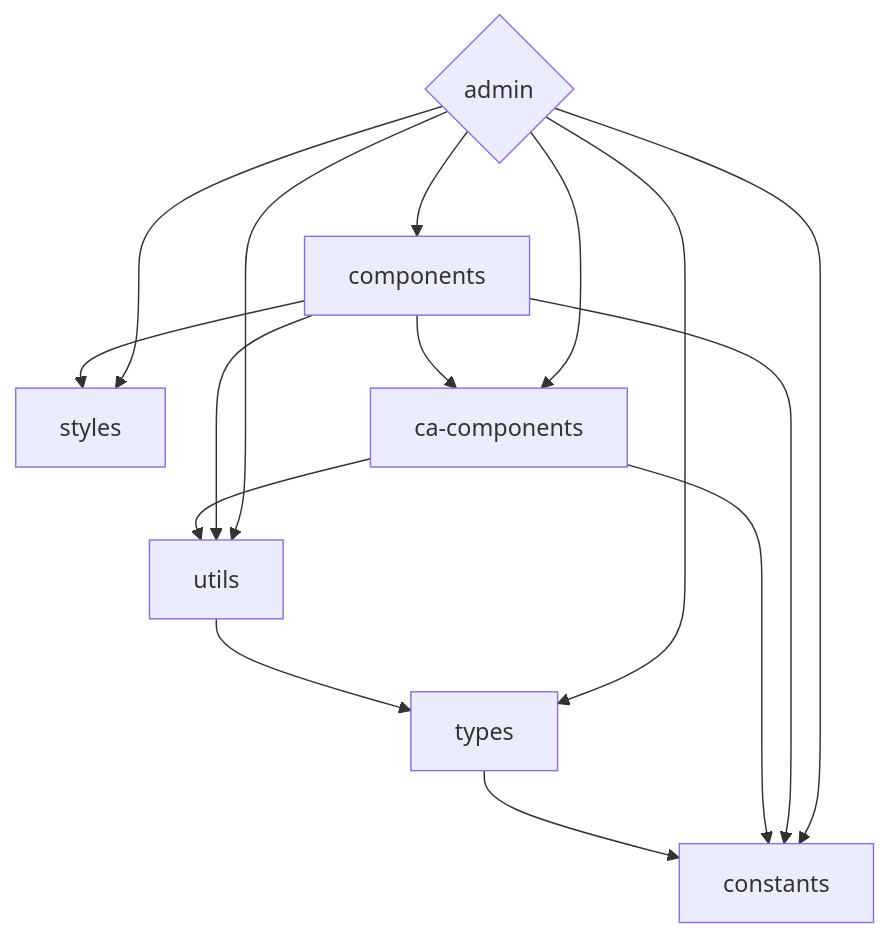
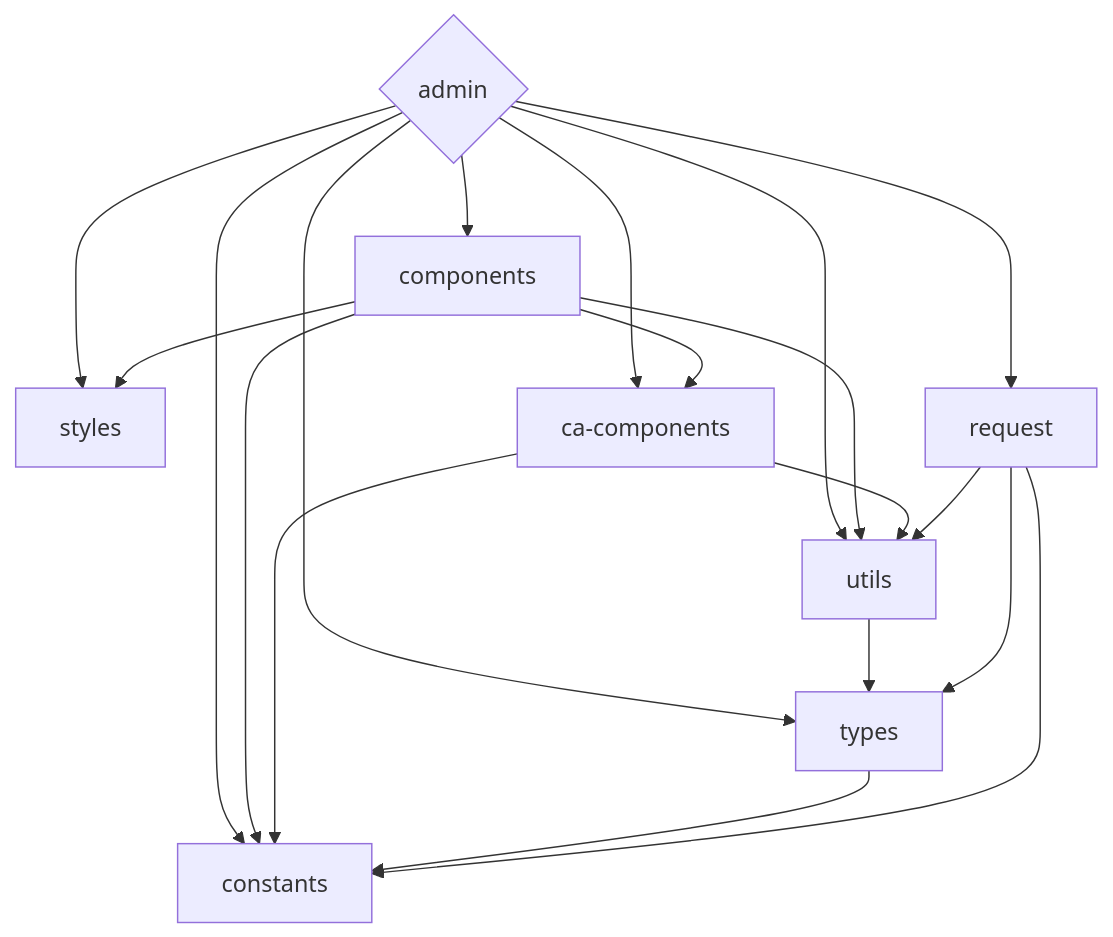
One commit to kirklin/celeris-web changed the diagram in README.md. Above: the diagram before and after it, drawn with Mermaid. The commit also changed 4 other files, not shown here.

````diff
--- a/README.md
+++ b/README.md
@@ -47,19 +47,23 @@
 ```mermaid
  graph TD
    admin{admin}
    admin --> constants
    admin --> styles
    admin --> utils
    admin --> ca-components
    admin --> components
    admin --> types
+   admin --> request
    utils --> types
    components --> constants
    components --> utils
    components --> ca-components
    components --> styles
    ca-components --> constants
    ca-components --> utils
    types --> constants
+   request --> constants
+   request --> types
+   request --> utils      
    
 ```
````
